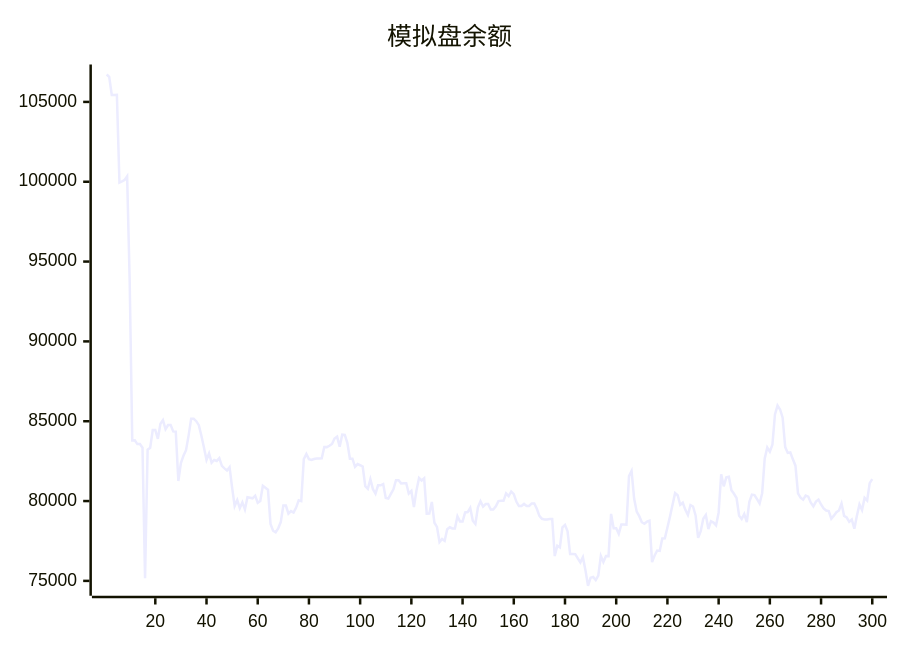
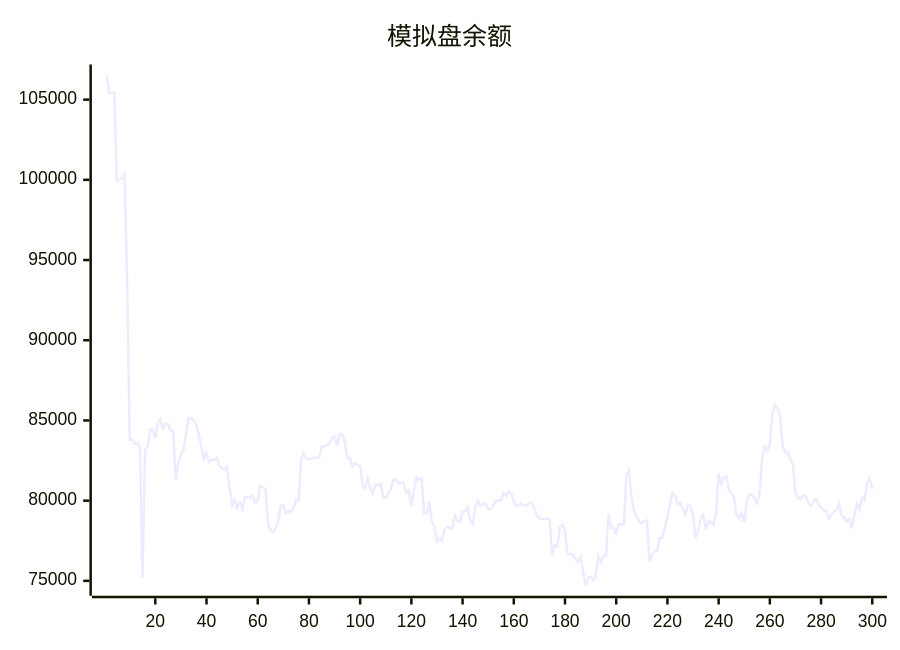
Before and after one commit to aahl/ai-trading: the diagram in README.md, drawn with Mermaid. The commit also changed other lines of this file and 1 other file, not shown here.

````diff
--- a/README.md
+++ b/README.md
@@ -5,5 +5,5 @@
 ```mermaid
 xychart
     title "模拟盘余额"
-    line [106717,106567,105431,105431,105440,99950,100017,100113,100337,93749,83795,83807,83567,83567,83342,75168,83222,83336,84448,84449,83896,84839,85065,84499,84757,84757,84364,84347,81254,82385,82835,83184,84099,85150,85150,85002,84751,84096,83356,82582,82983,82404,82572,82512,82688,82200,82047,81920,82125,80840,79688,80060,79552,79920,79470,80236,80208,80170,80336,79894,80006,80954,80837,80712,78561,78139,78037,78293,78682,79720,79720,79214,79372,79279,79591,80046,79993,82625,82950,82626,82571,82633,82670,82670,82681,83386,83378,83464,83579,83920,84037,83402,84160,84142,83652,82655,82655,82145,82315,82243,82163,80934,80770,81371,80742,80468,80989,80989,81067,80191,80155,80450,80737,81309,81309,81106,81119,81119,80471,80631,79624,80670,81448,81290,81429,79212,79222,79940,78643,78380,77432,77623,77504,78235,78358,78284,78277,79048,78714,78714,79290,79308,79567,78763,78563,79603,79988,79652,79813,79813,79476,79469,79673,79995,80015,80015,80486,80314,80600,80436,79966,79689,79689,79819,79692,79692,79850,79850,79518,79071,78889,78850,78850,78878,78878,76554,77202,77103,78357,78510,78106,76678,76677,76672,76411,76159,76485,75656,74695,75197,75246,75052,75334,76564,76179,76553,76551,79196,78300,78300,77944,78531,78531,78521,81564,81884,80160,79335,79055,78675,78580,78708,78764,76179,76586,76902,76876,77658,77669,78346,79023,79769,80497,80366,79761,79896,79448,79126,79749,79658,79097,77695,78114,78888,79126,78249,78738,78653,78478,79271,81680,80923,81488,81527,80681,80455,80190,79084,78879,79193,78686,79954,80403,80374,80118,79848,80491,82665,83351,83098,83525,85430,85983,85737,85221,83378,83014,83043,82613,82216,80477,80208,80081,80348,80277,79894,79670,79965,80093,79786,79542,79406,79371,78893,79087,79304,79406,79841,79072,78978,78696,78846,78272,79085,79787,79442,80198,80031,81120,81379]
+    line [106567,105431,105431,105440,99950,100017,100113,100337,93749,83795,83807,83567,83567,83342,75168,83222,83336,84448,84449,83896,84839,85065,84499,84757,84757,84364,84347,81254,82385,82835,83184,84099,85150,85150,85002,84751,84096,83356,82582,82983,82404,82572,82512,82688,82200,82047,81920,82125,80840,79688,80060,79552,79920,79470,80236,80208,80170,80336,79894,80006,80954,80837,80712,78561,78139,78037,78293,78682,79720,79720,79214,79372,79279,79591,80046,79993,82625,82950,82626,82571,82633,82670,82670,82681,83386,83378,83464,83579,83920,84037,83402,84160,84142,83652,82655,82655,82145,82315,82243,82163,80934,80770,81371,80742,80468,80989,80989,81067,80191,80155,80450,80737,81309,81309,81106,81119,81119,80471,80631,79624,80670,81448,81290,81429,79212,79222,79940,78643,78380,77432,77623,77504,78235,78358,78284,78277,79048,78714,78714,79290,79308,79567,78763,78563,79603,79988,79652,79813,79813,79476,79469,79673,79995,80015,80015,80486,80314,80600,80436,79966,79689,79689,79819,79692,79692,79850,79850,79518,79071,78889,78850,78850,78878,78878,76554,77202,77103,78357,78510,78106,76678,76677,76672,76411,76159,76485,75656,74695,75197,75246,75052,75334,76564,76179,76553,76551,79196,78300,78300,77944,78531,78531,78521,81564,81884,80160,79335,79055,78675,78580,78708,78764,76179,76586,76902,76876,77658,77669,78346,79023,79769,80497,80366,79761,79896,79448,79126,79749,79658,79097,77695,78114,78888,79126,78249,78738,78653,78478,79271,81680,80923,81488,81527,80681,80455,80190,79084,78879,79193,78686,79954,80403,80374,80118,79848,80491,82665,83351,83098,83525,85430,85983,85737,85221,83378,83014,83043,82613,82216,80477,80208,80081,80348,80277,79894,79670,79965,80093,79786,79542,79406,79371,78893,79087,79304,79406,79841,79072,78978,78696,78846,78272,79085,79787,79442,80198,80031,81120,81379,80718]
 ```
````
